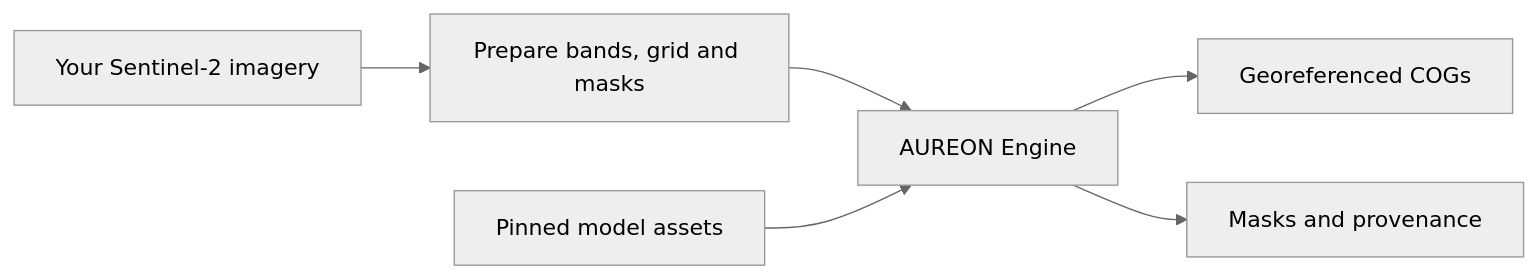
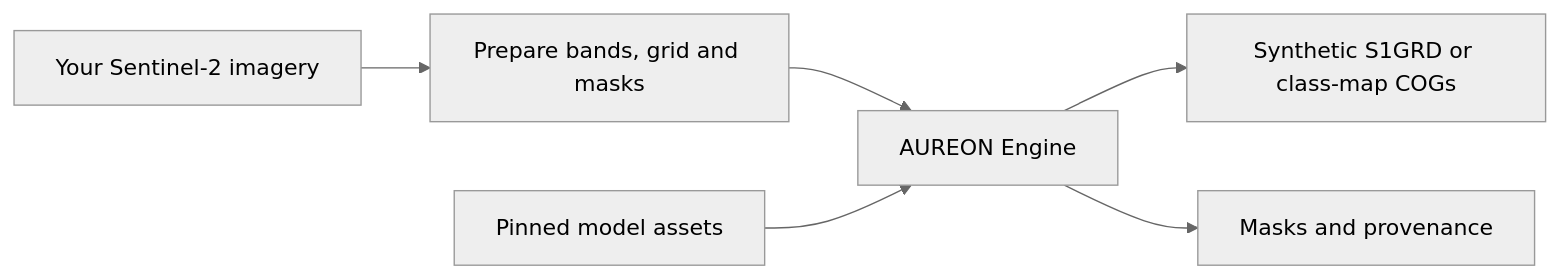
The diagram in README.md (LeChiffreVol2/aureon), drawn with Mermaid (neutral theme) before and after one commit. The commit also changed other lines of this file and 16 other files, not shown here.

````diff
--- a/README.md
+++ b/README.md
@@ -120,8 +134,8 @@
 ```mermaid
 flowchart LR
     A[Your Sentinel-2 imagery] --> B[Prepare bands, grid and masks]
     B --> C[AUREON Engine]
     D[Pinned model assets] --> C
-    C --> E[Georeferenced COGs]
+    C --> E[Synthetic S1GRD or class-map COGs]
     C --> F[Masks and provenance]
 ```
````
